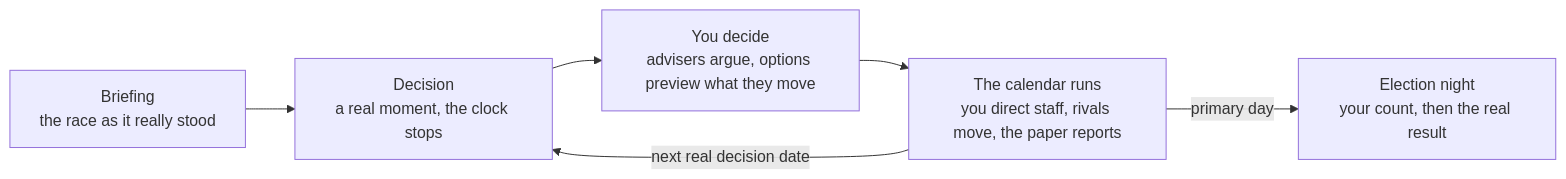
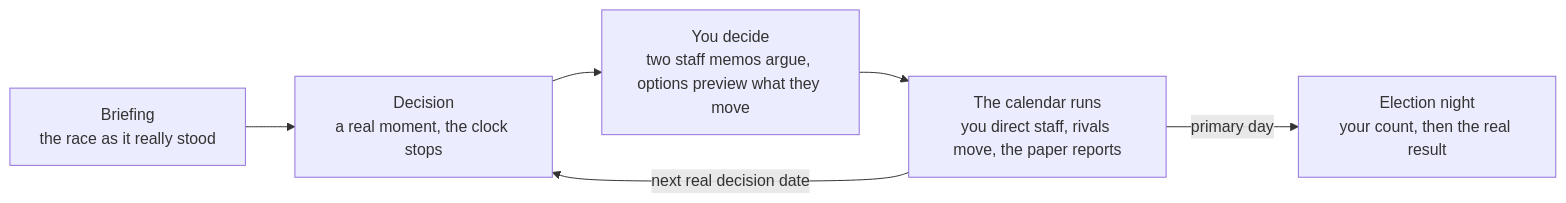
One commit to Devaj6190/campaign_academy changed the diagram in README.md. Above: the diagram before and after it, drawn with Mermaid. The commit also changed other lines of this file and 1 other file, not shown here.

````diff
--- a/README.md
+++ b/README.md
@@ -27,8 +58,8 @@
 ```mermaid
 flowchart LR
     B[Briefing<br/>the race as it really stood] --> D[Decision<br/>a real moment, the clock stops]
-    D --> P[You decide<br/>advisers argue, options preview what they move]
+    D --> P[You decide<br/>two staff memos argue, options preview what they move]
     P --> Q[The calendar runs<br/>you direct staff, rivals move, the paper reports]
     Q -->|next real decision date| D
     Q -->|primary day| E[Election night<br/>your count, then the real result]
 ```
````
